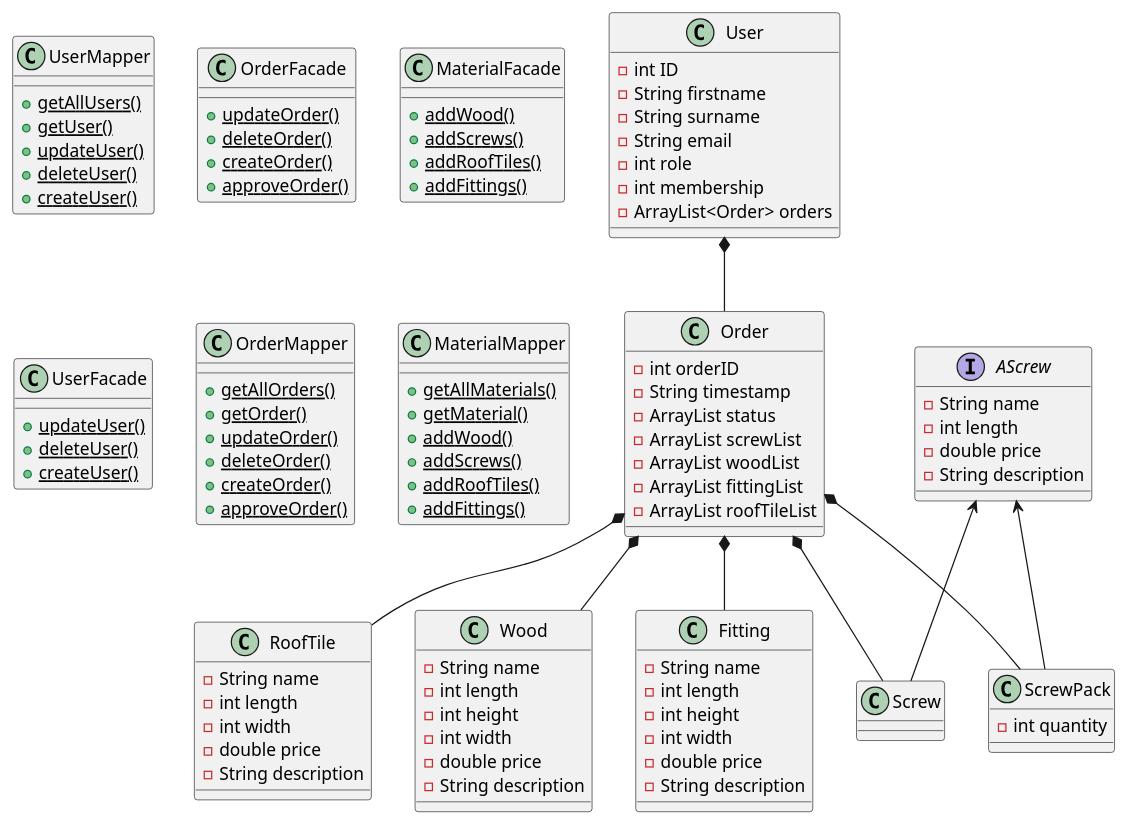
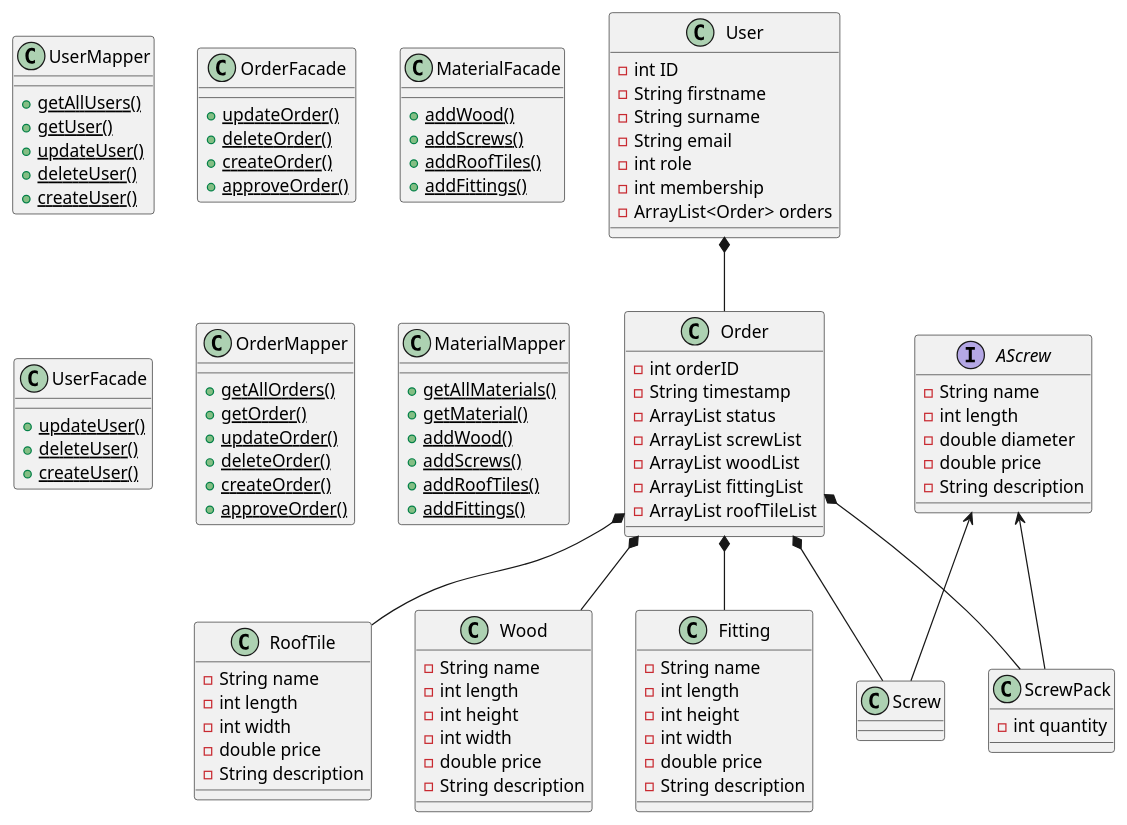
One commit to HeinLarsen/fog-carport changed the diagram in documentation/ClassDiagram.puml. Above: the diagram before and after it, drawn with PlantUML.

Commit message:
added attribute to AScrew

```diff
--- a/documentation/ClassDiagram.puml
+++ b/documentation/ClassDiagram.puml
@@ -1,123 +1,124 @@
 @startuml
 'https://plantuml.com/class-diagram
 
 class User {
 -int ID
 -String firstname
 -String surname
 -String email
 -int role
 -int membership
 -ArrayList<Order> orders
 }
 
 class Order {
 -int orderID
 -String timestamp
 -ArrayList status
 -ArrayList screwList
 -ArrayList woodList
 -ArrayList fittingList
 -ArrayList roofTileList
 }
 
 class UserMapper{
 + {static} getAllUsers()
 + {static} getUser()
 + {static} updateUser()
 + {static} deleteUser()
 + {static} createUser()
 }
 
 class OrderFacade{
 + {static} updateOrder()
 + {static} deleteOrder()
 + {static} createOrder()
 + {static} approveOrder()
 }
 
 class MaterialFacade{
 + {static} addWood()
 + {static} addScrews()
 + {static} addRoofTiles()
 + {static} addFittings()
 }
 
 class UserFacade{
 + {static} updateUser()
 + {static} deleteUser()
 + {static} createUser()
 }
 
 
 class OrderMapper{
 + {static} getAllOrders()
 + {static} getOrder()
 + {static} updateOrder()
 + {static} deleteOrder()
 + {static} createOrder()
 + {static} approveOrder()
 }
 
 class MaterialMapper{
 + {static} getAllMaterials()
 + {static} getMaterial()
 + {static} addWood()
 + {static} addScrews()
 + {static} addRoofTiles()
 + {static} addFittings()
 
 }
 
 class RoofTile{
 -String name
 -int length
 -int width
 -double price
 -String description
 }
 
 class Wood{
 -String name
 -int length
 -int height
 -int width
 -double price
 -String description
 }
 
 class Fitting{
 -String name
 -int length
 -int height
 -int width
 -double price
 -String description
 
 }
 
 interface AScrew{
 -String name
 -int length
+-double diameter
 -double price
 -String description
 
 }
 
 class ScrewPack{
 -int quantity
 }
 
 class Screw{
 }
 
 Order *-- Screw
 Order *-- ScrewPack
 Order *-- Fitting
 Order *-- RoofTile
 Order *-- Wood
 User *-- Order
 AScrew <-- ScrewPack
 AScrew <-- Screw
 
 @enduml
```
